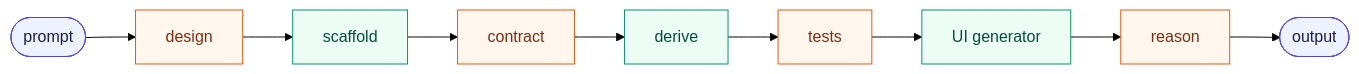
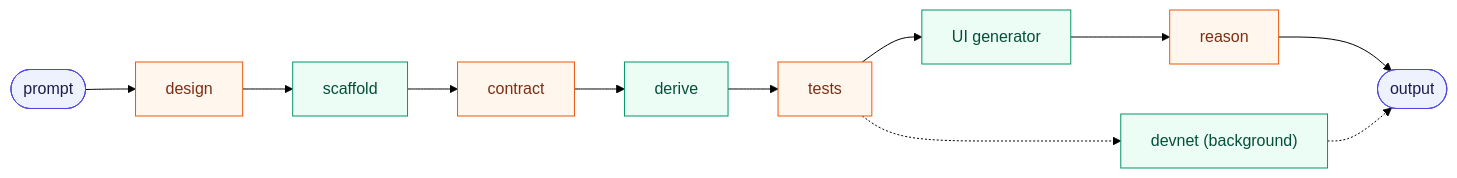
Before and after one commit to midnightntwrk/midnight-examples: the first of 2 diagrams in docs/generation-flow.md, drawn with Mermaid (forest theme). The commit also changed other lines of this file and 9 other files, not shown here.

First line of the commit message:
Document Phase 3: the background devnet, the runner and the SPEC lint

````diff
--- a/docs/generation-flow.md
+++ b/docs/generation-flow.md
@@ -20,8 +24,9 @@
 ```mermaid
 flowchart LR
   A(["prompt"]):::io --> A2["design"]:::reason --> B["scaffold"]:::script --> C["contract"]:::reason --> C2["derive"]:::script --> C3["tests"]:::reason --> D["UI generator"]:::script --> E["reason"]:::reason --> F(["output"]):::io
+  C3 -.-> BG["devnet (background)"]:::script -.-> F
 
   classDef io fill:#eef2ff,stroke:#4f46e5,color:#1e1b4b
   classDef script fill:#ecfdf5,stroke:#059669,color:#064e3b
   classDef reason fill:#fff7ed,stroke:#ea580c,color:#7c2d12
 ```
````
